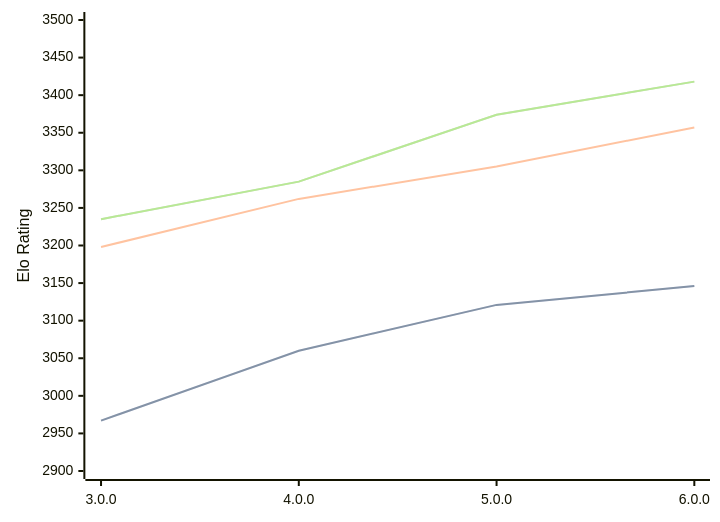
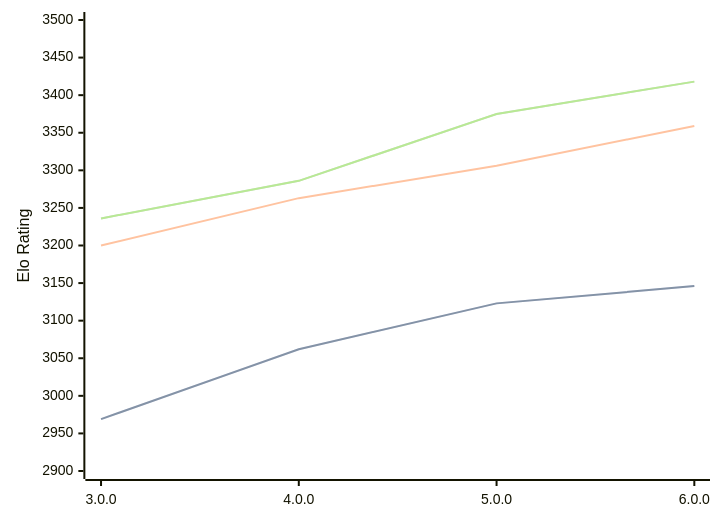
The diagram in engines/Minke.md (computer-chess-index/cci), drawn with Mermaid before and after one commit. The commit also changed other lines of this file, not shown here.

Commit message:
Update CCI Ratings (ELO VLTC) - 2026-07-25

````diff
--- a/engines/Minke.md
+++ b/engines/Minke.md
@@ -36,11 +36,11 @@
 ```mermaid
 %%{init: {"theme":"base","themeVariables":{"seriesColors:['#a3a3a3','#222221','#faa371']}}}%%
 xychart-beta
   x-axis ["3.0.0", "4.0.0", "5.0.0", "6.0.0"]
   y-axis "Elo Rating" 2900 --> 3500
-  line "STC (8.0+0.08s)" [2967, 3060, 3121, 3146]
-  line "STC (8.0+0.08s)" [2967, 3060, 3121, 3146]
-  line "LTC (60.0+0.60s)" [3198, 3262, 3305, 3357]
-  line "VLTC (2m24s+1.12s)" [3235, 3285, 3374, 3418]
-  line "VLTC (2m24s+1.12s)" [3235, 3285, 3374, 3418]
+  line "STC (8.0+0.08s)" [2969, 3062, 3123, 3146]
+  line "STC (8.0+0.08s)" [2969, 3062, 3123, 3146]
+  line "LTC (60.0+0.60s)" [3200, 3263, 3306, 3359]
+  line "VLTC (2m24s+1.12s)" [3236, 3286, 3375, 3418]
+  line "VLTC (2m24s+1.12s)" [3236, 3286, 3375, 3418]
 ```
````
